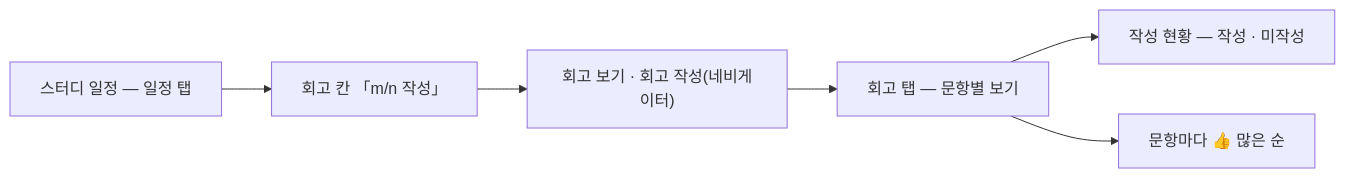
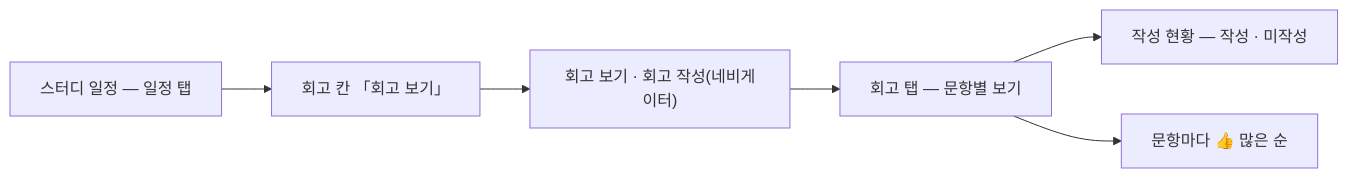
The diagram in 01-planning/stories/navigator-view-meeting-retros/PRD.md (StudyClub-PlusPlus/studyclub-engineering), drawn with Mermaid before and after one commit. The commit also changed other lines of this file and 12 other files, not shown here.

````diff
--- a/01-planning/stories/navigator-view-meeting-retros/PRD.md
+++ b/01-planning/stories/navigator-view-meeting-retros/PRD.md
@@ -16,8 +16,8 @@
 ```mermaid
 flowchart LR
-  A["스터디 일정 — 일정 탭"] --> B["회고 칸 「m/n 작성」"]
+  A["스터디 일정 — 일정 탭"] --> B["회고 칸 「회고 보기」"]
   B --> C["회고 보기 · 회고 작성(네비게이터)"]
   C --> D["회고 탭 — 문항별 보기"]
   D --> E["작성 현황 — 작성 · 미작성"]
   D --> F["문항마다 👍 많은 순"]
 ```
````
